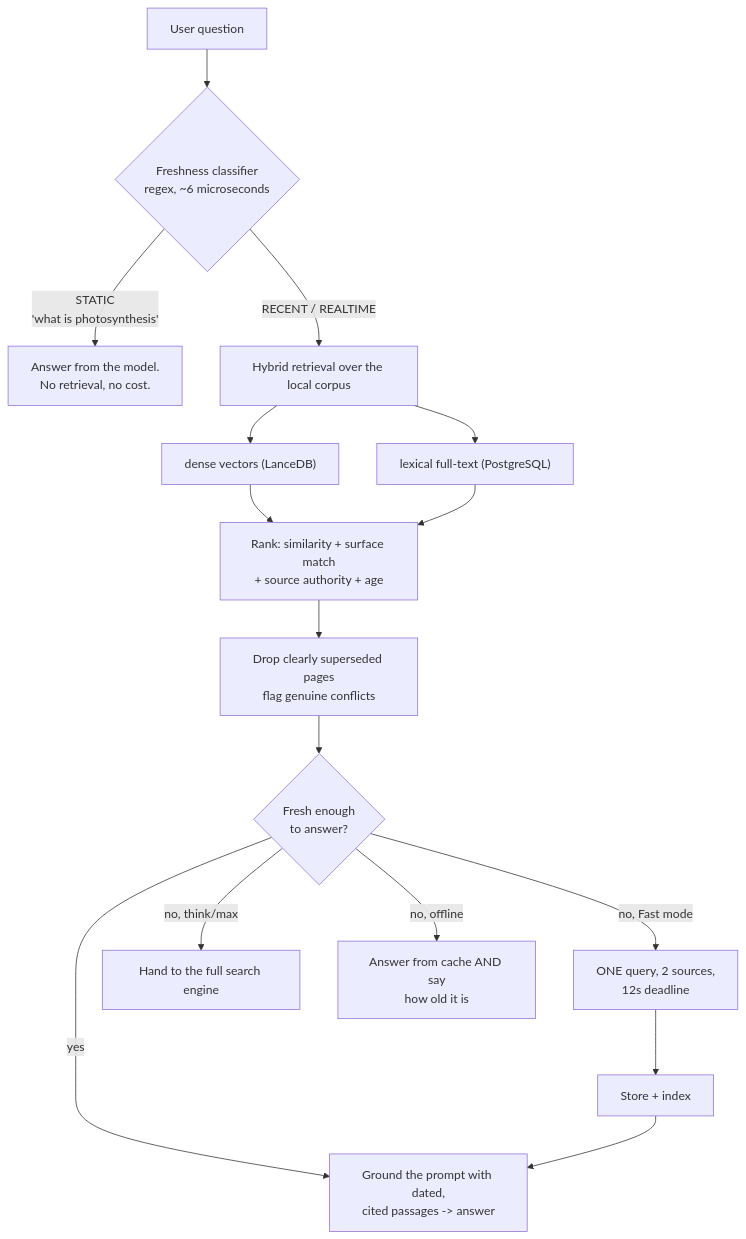
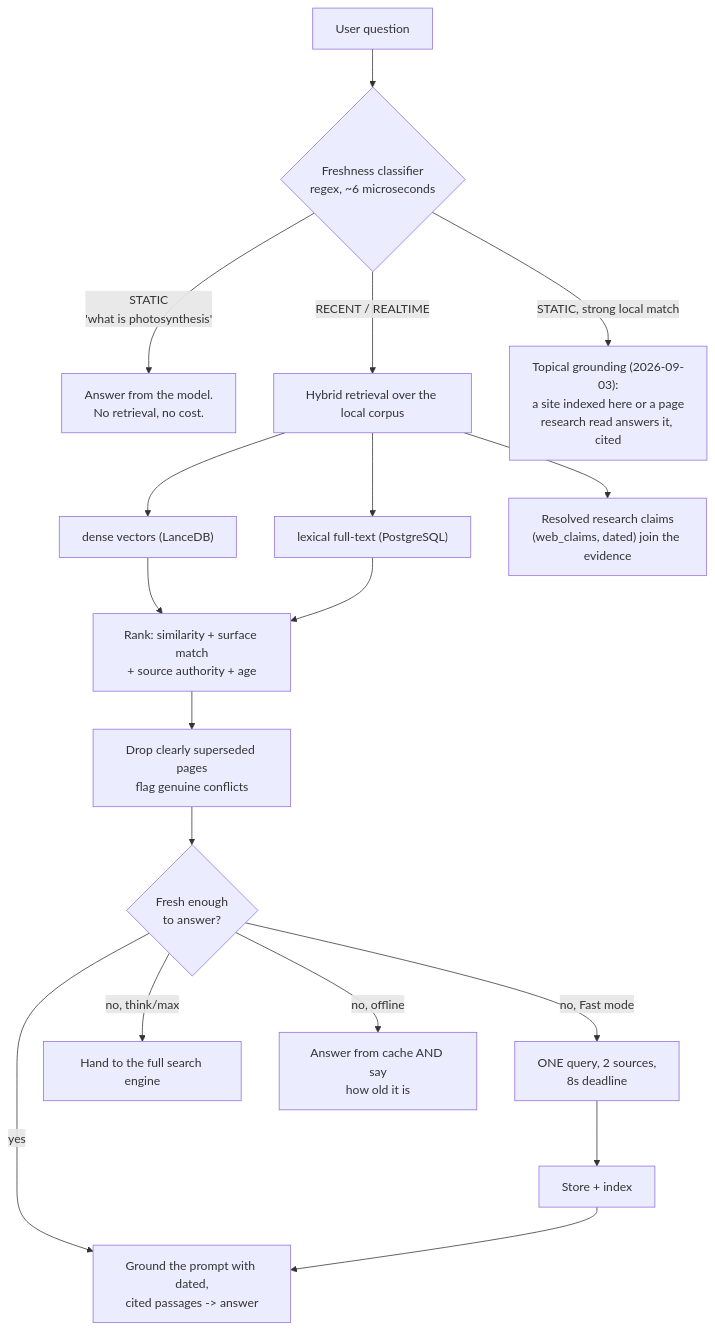
Diagram 12 of 17 in docs/FLOWS.md (namanjain221995/personal-LLM-Chabot), drawn with Mermaid before and after one commit. The commit also changed other lines of this file and 36 other files, not shown here.

````diff
--- a/docs/FLOWS.md
+++ b/docs/FLOWS.md
@@ -455,21 +517,23 @@
 ```mermaid
 flowchart TD
     Q["User question"] --> C{"Freshness classifier<br/>regex, ~6 microseconds"}
     C -->|STATIC<br/>'what is photosynthesis'| W["Answer from the model.<br/>No retrieval, no cost."]
     C -->|RECENT / REALTIME| R["Hybrid retrieval over the local corpus"]
 
     R --> R1["dense vectors (LanceDB)"]
     R --> R2["lexical full-text (PostgreSQL)"]
     R1 --> RANK["Rank: similarity + surface match<br/>+ source authority + age"]
     R2 --> RANK
     RANK --> SUP["Drop clearly superseded pages<br/>flag genuine conflicts"]
     SUP --> ENOUGH{"Fresh enough<br/>to answer?"}
 
     ENOUGH -->|yes| G["Ground the prompt with dated,<br/>cited passages -> answer"]
-    ENOUGH -->|"no, Fast mode"| S["ONE query, 2 sources,<br/>12s deadline"]
+    ENOUGH -->|"no, Fast mode"| S["ONE query, 2 sources,<br/>8s deadline"]
     ENOUGH -->|"no, think/max"| F["Hand to the full search engine"]
+    C -->|STATIC, strong local match| TOP["Topical grounding (2026-09-03):<br/>a site indexed here or a page<br/>research read answers it, cited"]
+    R --> CL["Resolved research claims<br/>(web_claims, dated) join the evidence"]
     ENOUGH -->|"no, offline"| STALE["Answer from cache AND say<br/>how old it is"]
 
     S --> STORE["Store + index"]
     STORE --> G
 ```
````
